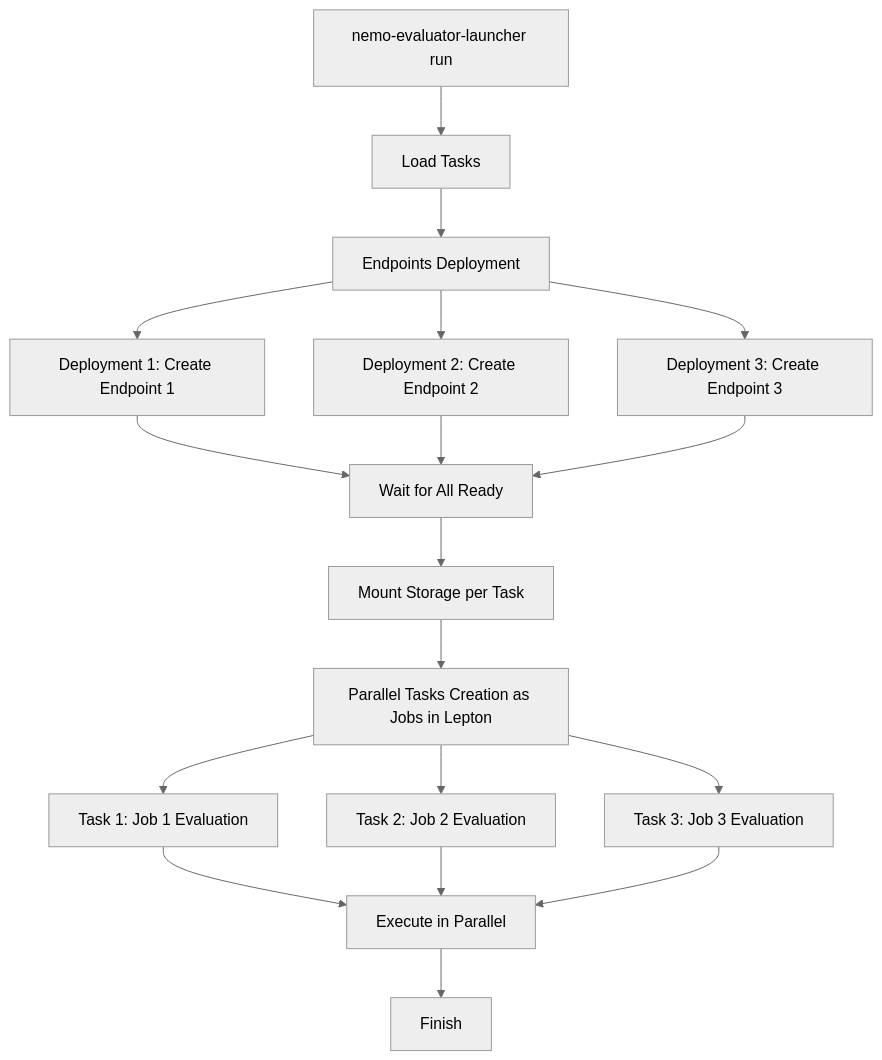
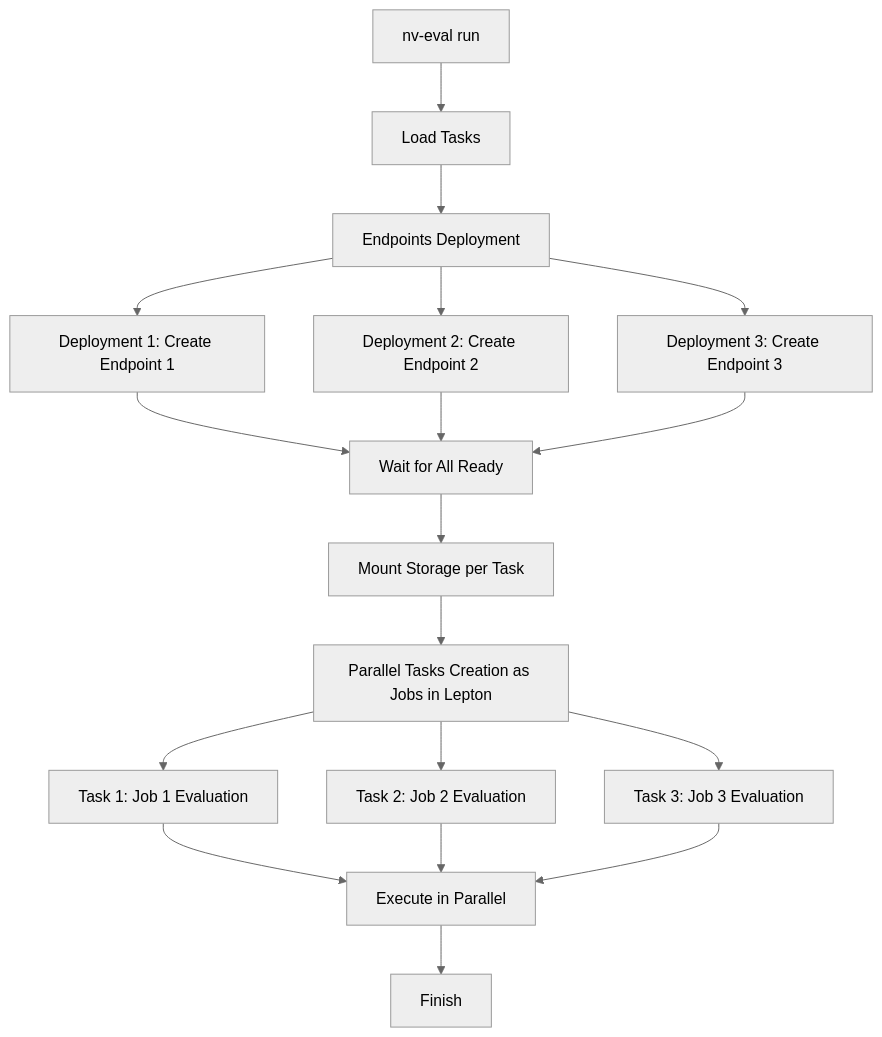
Before and after one commit to NVIDIA-NeMo/Evaluator: the diagram in docs/libraries/nemo-evaluator-launcher/executors/lepton.md, drawn with Mermaid (neutral theme). The commit also changed other lines of this file and 26 other files, not shown here.

````diff
--- a/docs/libraries/nemo-evaluator-launcher/executors/lepton.md
+++ b/docs/libraries/nemo-evaluator-launcher/executors/lepton.md
@@ -51,20 +51,20 @@
 ```mermaid
 graph TD
-    A["nemo-evaluator-launcher run"] --> B["Load Tasks"]
+    A["nv-eval run"] --> B["Load Tasks"]
     B --> D["Endpoints Deployment"]
     D --> E1["Deployment 1: Create Endpoint 1"]
     D --> E2["Deployment 2: Create Endpoint 2"]
     D --> E3["Deployment 3: Create Endpoint 3"]
     E1 --> F["Wait for All Ready"]
     E2 --> F
     E3 --> F
     F --> G["Mount Storage per Task"]
     G --> H["Parallel Tasks Creation as Jobs in Lepton"]
     H --> J1["Task 1: Job 1 Evaluation"]
     H --> J2["Task 2: Job 2 Evaluation"]
     H --> J3["Task 3: Job 3 Evaluation"]
     J1 --> K["Execute in Parallel"]
     J2 --> K
     J3 --> K
     K --> L["Finish"]
 ```
````
